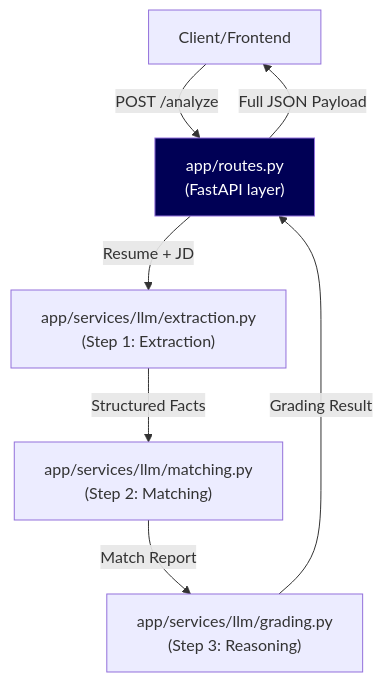
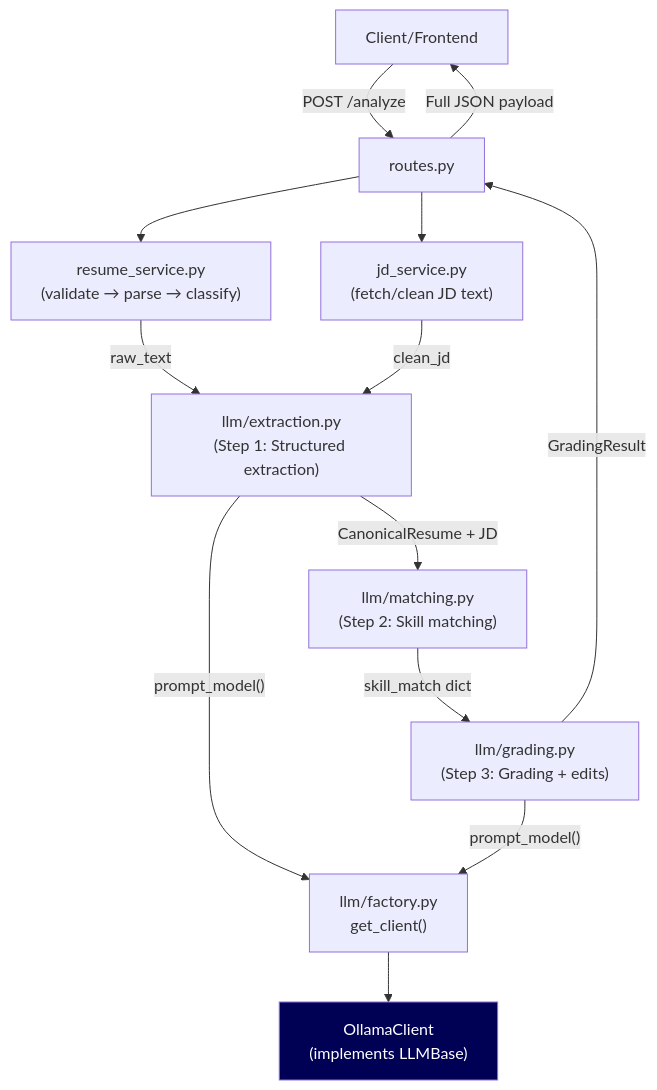
One commit to boazleleina/resume_agent changed the diagram in ARCHITECTURE.md. Above: the diagram before and after it, drawn with Mermaid. The commit also changed other lines of this file and 20 other files, not shown here.

````diff
--- a/ARCHITECTURE.md
+++ b/ARCHITECTURE.md
@@ -43,17 +57,22 @@
 ```mermaid
 graph TD
-    Client["Client/Frontend"] -->|"POST /analyze"| Routes["app/routes.py\n(FastAPI layer)"]
-    
-    Routes -->|"Resume + JD"| Service["app/services/llm/extraction.py\n(Step 1: Extraction)"]
-    Service -->|"Structured Facts"| Match["app/services/llm/matching.py\n(Step 2: Matching)"]
-    Match -->|"Match Report"| Grade["app/services/llm/grading.py\n(Step 3: Reasoning)"]
-    
-    Grade -->|"Grading Result"| Routes
-    Routes -->|"Full JSON Payload"| Client
+    Client["Client/Frontend"] -->|"POST /analyze"| Routes["routes.py"]
 
-    %% Styling
-    classDef domain stroke:#333,stroke-width:2px;
-    class Validation,Classifier domain
-    classDef router fill:#005,color:#fff;
-    class Routes router
+    Routes --> ResumeService["resume_service.py\n(validate → parse → classify)"]
+    Routes --> JDService["jd_service.py\n(fetch/clean JD text)"]
+
+    ResumeService -->|"raw_text"| Extraction["llm/extraction.py\n(Step 1: Structured extraction)"]
+    JDService -->|"clean_jd"| Extraction
+
+    Extraction -->|"CanonicalResume + JD"| Matching["llm/matching.py\n(Step 2: Skill matching)"]
+    Matching -->|"skill_match dict"| Grading["llm/grading.py\n(Step 3: Grading + edits)"]
+
+    Extraction & Grading -->|"prompt_model()"| Factory["llm/factory.py\nget_client()"]
+    Factory --> OllamaClient["OllamaClient\n(implements LLMBase)"]
+
+    Grading -->|"GradingResult"| Routes
+    Routes -->|"Full JSON payload"| Client
+
+    classDef provider fill:#005,color:#fff;
+    class OllamaClient provider
 ```
````
